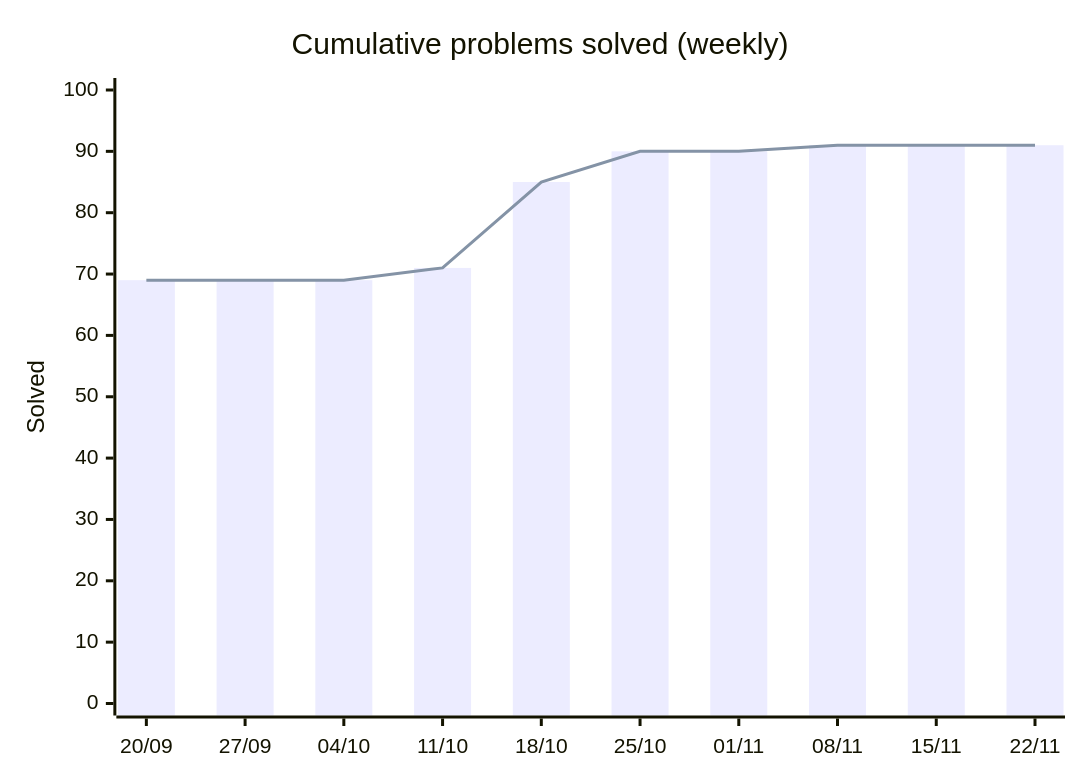
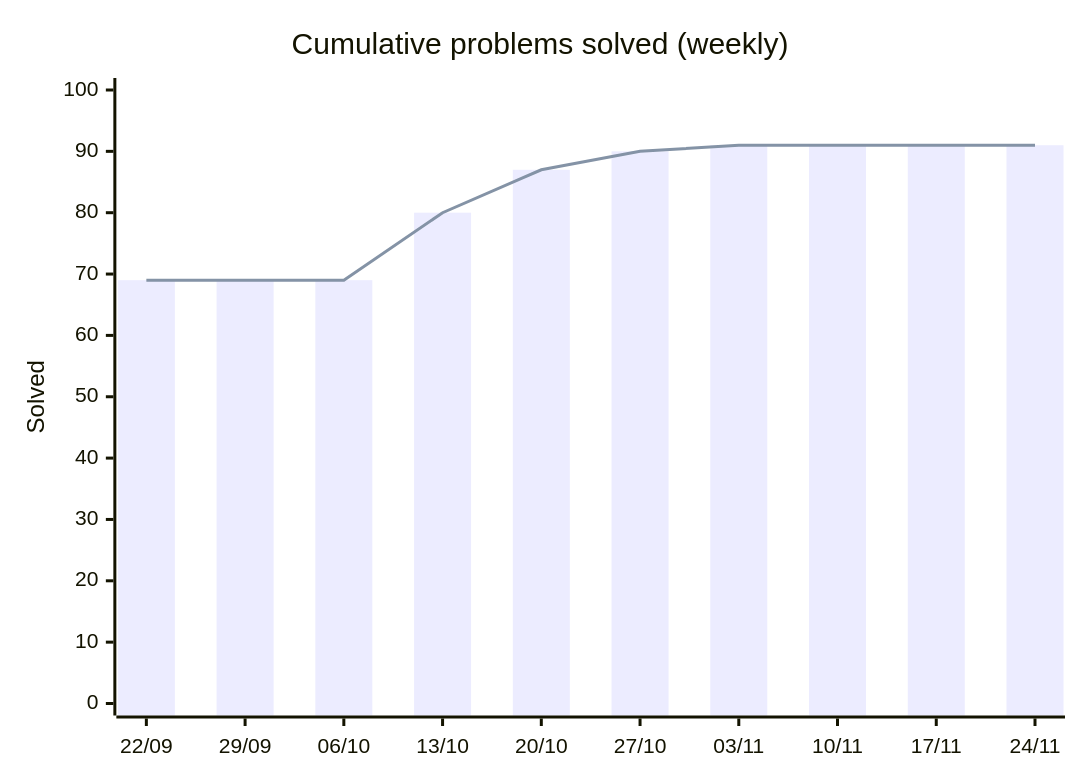
One commit to HarryTrn/TensorTonic-Solutions changed the first of 2 diagrams in README.md. Above: the diagram before and after it, drawn with Mermaid. The commit also changed other lines of this file, not shown here.

Commit message:
docs: auto-update README [skip ci]

````diff
--- a/README.md
+++ b/README.md
@@ -65,8 +65,8 @@
 ```mermaid
 xychart-beta
     title "Cumulative problems solved (weekly)"
-    x-axis ["20/09", "27/09", "04/10", "11/10", "18/10", "25/10", "01/11", "08/11", "15/11", "22/11"]
+    x-axis ["22/09", "29/09", "06/10", "13/10", "20/10", "27/10", "03/11", "10/11", "17/11", "24/11"]
     y-axis "Solved" 0 --> 100
-    bar [69, 69, 69, 71, 85, 90, 90, 91, 91, 91]
-    line [69, 69, 69, 71, 85, 90, 90, 91, 91, 91]
+    bar [69, 69, 69, 80, 87, 90, 91, 91, 91, 91]
+    line [69, 69, 69, 80, 87, 90, 91, 91, 91, 91]
 ```
````
